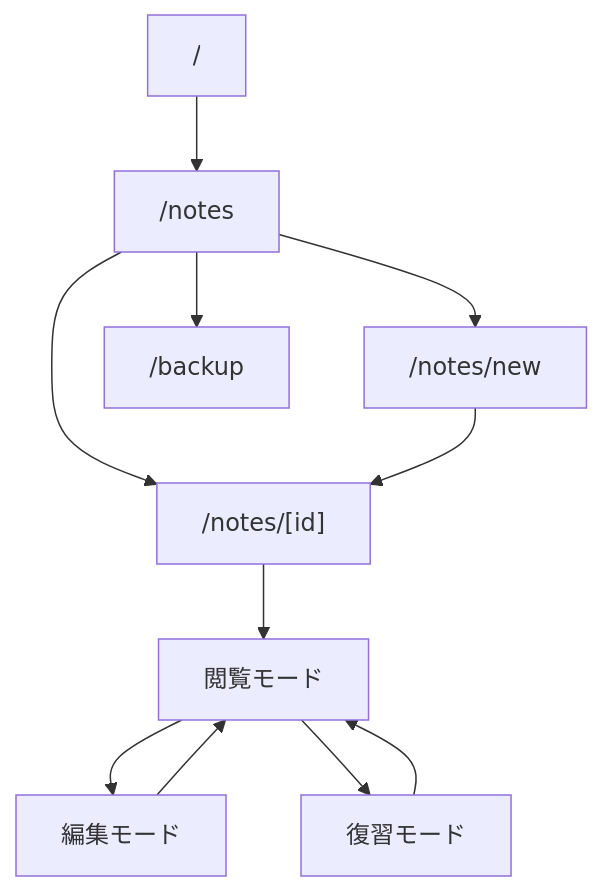
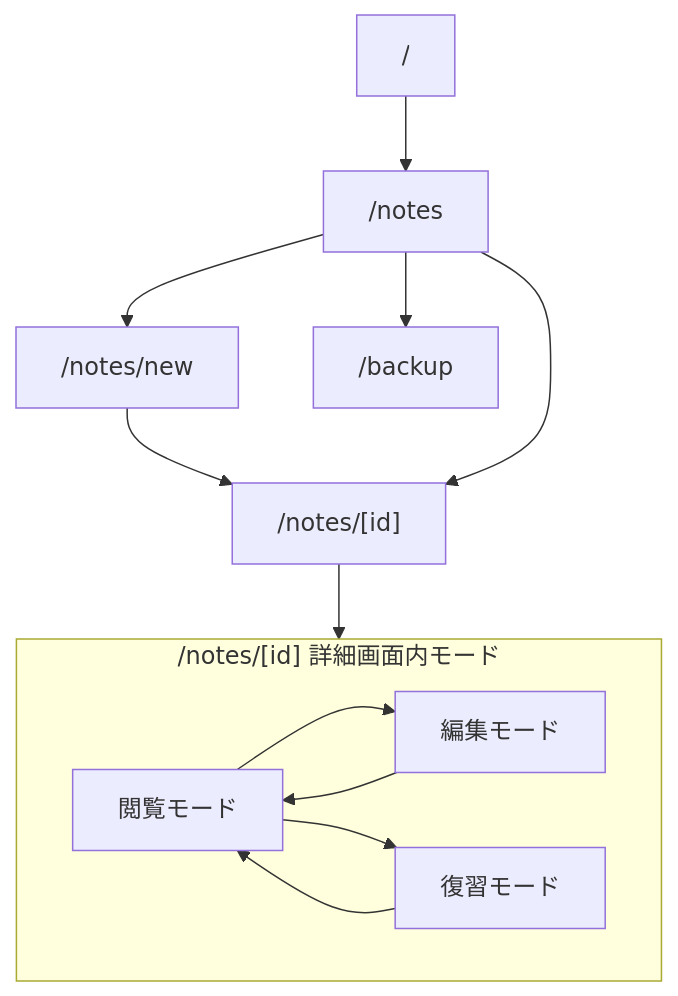
The diagram in doc/screens/MVP_SCREEN_DESIGN.md (ka-akehi/Cornell-Method), drawn with Mermaid before and after one commit. The commit also changed other lines of this file and 33 other files, not shown here.

````diff
--- a/doc/screens/MVP_SCREEN_DESIGN.md
+++ b/doc/screens/MVP_SCREEN_DESIGN.md
@@ -258,13 +432,18 @@
 ```mermaid
 flowchart TD
   Home["/"] --> Notes["/notes"]
   Notes --> NewNote["/notes/new"]
+  NewNote --> Detail
   Notes --> Detail["/notes/[id]"]
-  NewNote --> Detail
-  Detail --> ViewMode["閲覧モード"]
-  ViewMode --> EditMode["編集モード"]
-  EditMode --> ViewMode
-  ViewMode --> ReviewMode["復習モード"]
-  ReviewMode --> ViewMode
   Notes --> Backup["/backup"]
+
+  subgraph DetailModes["/notes/[id] 詳細画面内モード"]
+    direction LR
+    ViewMode["閲覧モード"] --> EditMode["編集モード"]
+    EditMode --> ViewMode
+    ViewMode --> ReviewMode["復習モード"]
+    ReviewMode --> ViewMode
+  end
+
+  Detail --> ViewMode
 ```
````
